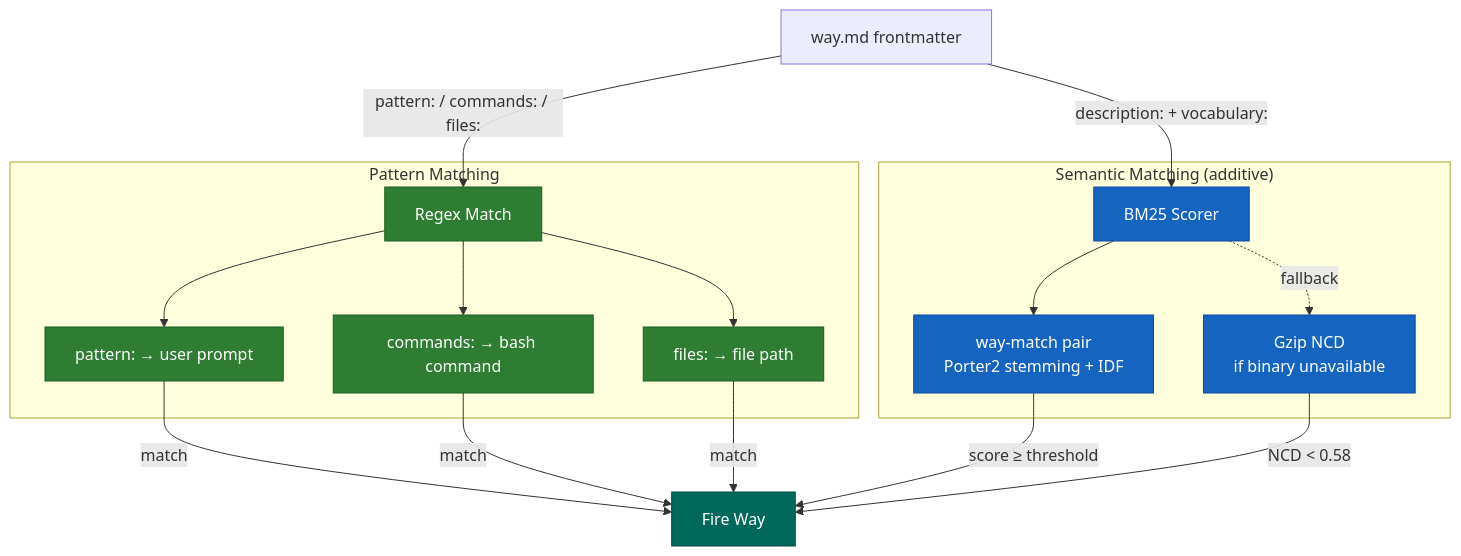
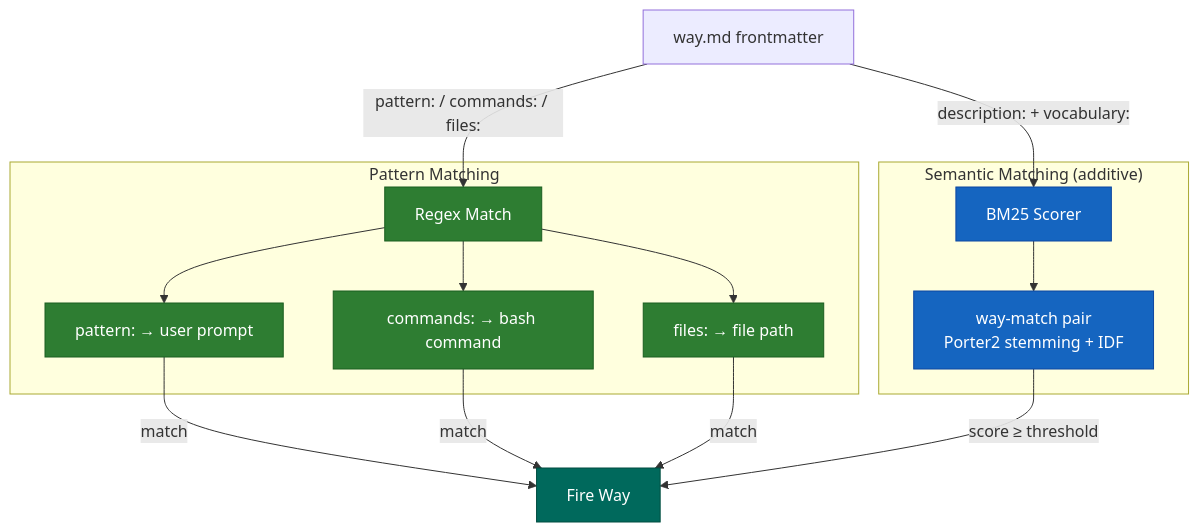
One commit to Cprime-Artificial-Intelligence/claude-code-config changed the second of 6 diagrams in docs/hooks-and-ways.md. Above: the diagram before and after it, drawn with Mermaid. The commit also changed other lines of this file and 6 other files, not shown here.

First line of the commit message:
docs: accurately describe BM25 as primary matcher, demote NCD to legacy fallback

````diff
--- a/docs/hooks-and-ways.md
+++ b/docs/hooks-and-ways.md
@@ -137,30 +137,28 @@
 ```mermaid
 flowchart TD
     classDef regex fill:#2E7D32,stroke:#1B5E20,color:#fff
     classDef semantic fill:#1565C0,stroke:#0D47A1,color:#fff
     classDef decision fill:#E65100,stroke:#BF360C,color:#fff
     classDef result fill:#00695C,stroke:#004D40,color:#fff
 
     W[way.md frontmatter]
     W -->|"pattern: / commands: / files:"| R
     W -->|"description: + vocabulary:"| S
 
     subgraph RX ["Pattern Matching"]
         R[Regex Match]:::regex
         R --> RP["pattern: → user prompt"]:::regex
         R --> RC["commands: → bash command"]:::regex
         R --> RF["files: → file path"]:::regex
     end
 
     subgraph SM ["Semantic Matching (additive)"]
         S[BM25 Scorer]:::semantic
         S --> BM["way-match pair<br/>Porter2 stemming + IDF"]:::semantic
-        S -.->|"fallback"| NCD["Gzip NCD<br/>if binary unavailable"]:::semantic
     end
 
     RP -->|match| FIRE[Fire Way]:::result
     RC -->|match| FIRE
     RF -->|match| FIRE
     BM -->|"score ≥ threshold"| FIRE
-    NCD -->|"NCD &lt; 0.58"| FIRE
 ```
````
